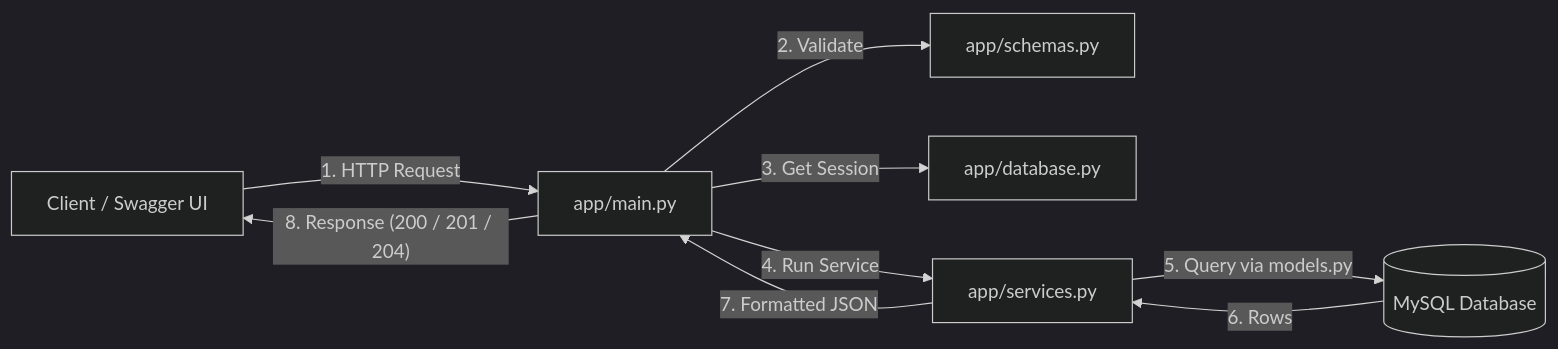
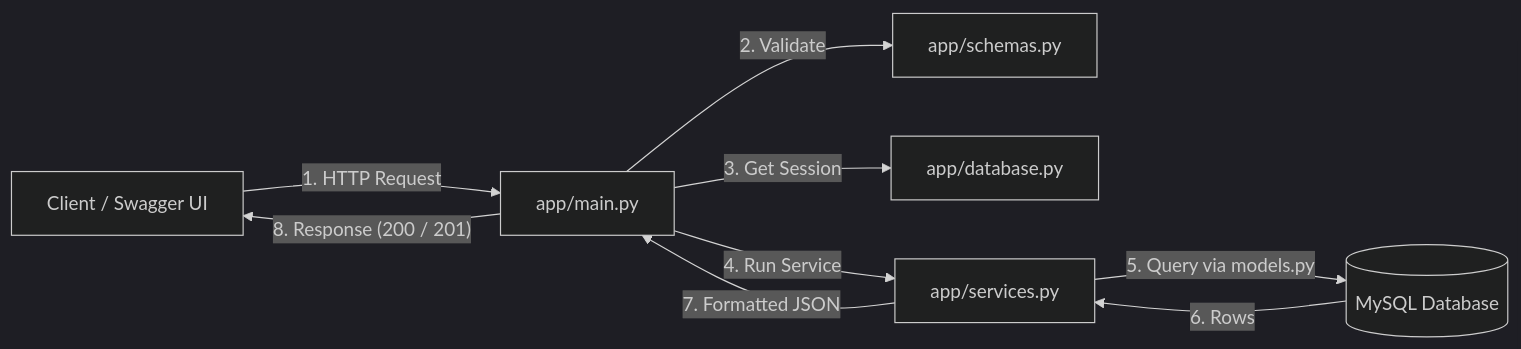
One commit to chandanabudaati2/FastAPI-Employee-Management changed the second of 2 diagrams in readme.md. Above: the diagram before and after it, drawn with Mermaid (dark theme). The commit also changed other lines of this file and 4 other files, not shown here.

````diff
--- a/readme.md
+++ b/readme.md
@@ -158,11 +158,11 @@
 ```mermaid
 flowchart LR
     A["Client / Swagger UI"] -->|"1. HTTP Request"| B["app/main.py"]
     B -->|"2. Validate"| C["app/schemas.py"]
     B -->|"3. Get Session"| D["app/database.py"]
     B -->|"4. Run Service"| E["app/services.py"]
     E -->|"5. Query via models.py"| F[("MySQL Database")]
     F -->|"6. Rows"| E
     E -->|"7. Formatted JSON"| B
-    B -->|"8. Response (200 / 201 / 204)"| A
+    B -->|"8. Response (200 / 201)"| A
 ```
````
